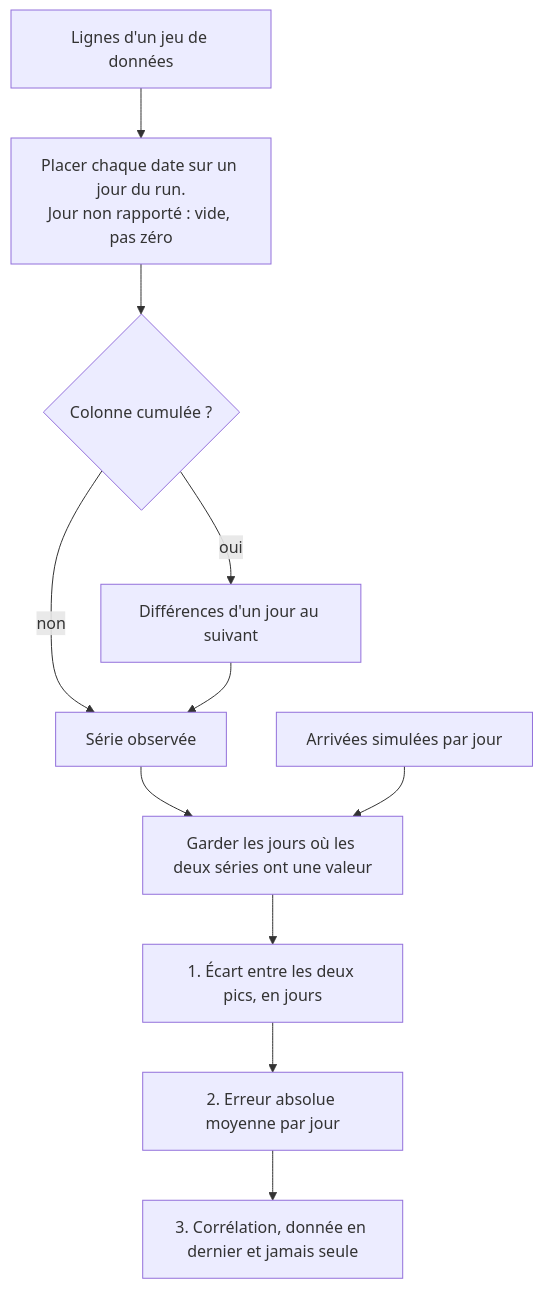
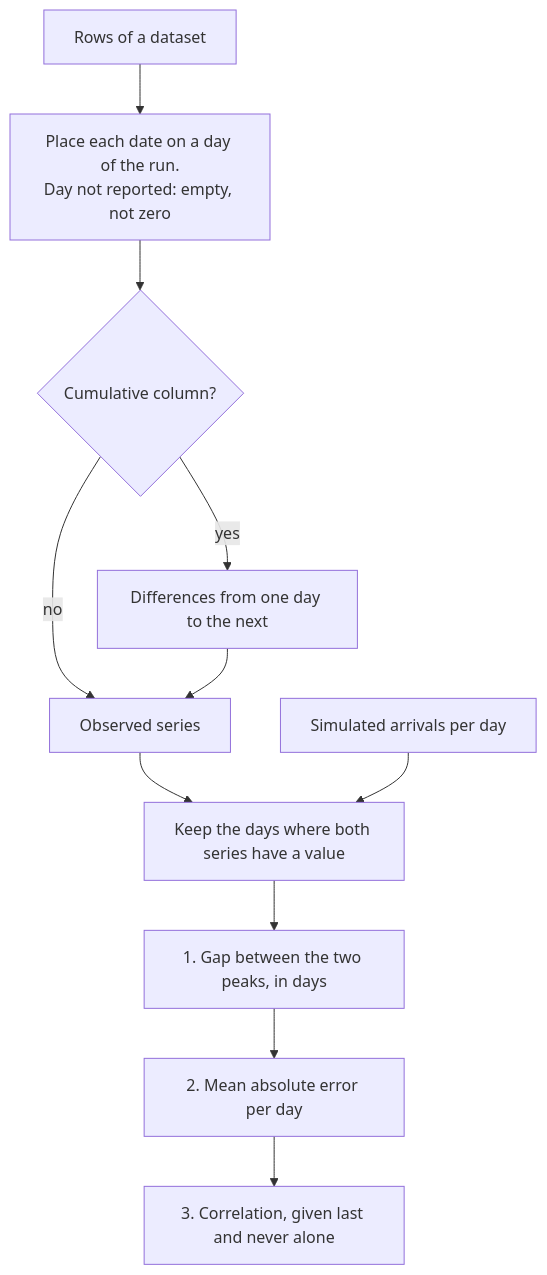
Before and after one commit to V1ktor7/obscyro: the seventh of 30 diagrams in frontend/content/docs/product/algorithms.md, drawn with Mermaid. The commit also changed other lines of this file and 15 other files, not shown here.

````diff
--- a/frontend/content/docs/product/algorithms.md
+++ b/frontend/content/docs/product/algorithms.md
@@ -260,13 +261,13 @@
 ```mermaid
 flowchart TD
-    A["Lignes d'un jeu de données"] --> B["Placer chaque date sur un jour du run.<br/>Jour non rapporté : vide, pas zéro"]
-    B --> C{"Colonne cumulée ?"}
-    C -->|"oui"| D["Différences d'un jour au suivant"]
-    C -->|"non"| E["Série observée"]
+    A["Rows of a dataset"] --> B["Place each date on a day of the run.<br/>Day not reported: empty, not zero"]
+    B --> C{"Cumulative column?"}
+    C -->|"yes"| D["Differences from one day to the next"]
+    C -->|"no"| E["Observed series"]
     D --> E
-    E --> F["Garder les jours où les deux séries ont une valeur"]
-    S["Arrivées simulées par jour"] --> F
-    F --> G["1. Écart entre les deux pics, en jours"]
-    G --> H["2. Erreur absolue moyenne par jour"]
-    H --> I["3. Corrélation, donnée en dernier et jamais seule"]
+    E --> F["Keep the days where both series have a value"]
+    S["Simulated arrivals per day"] --> F
+    F --> G["1. Gap between the two peaks, in days"]
+    G --> H["2. Mean absolute error per day"]
+    H --> I["3. Correlation, given last and never alone"]
 ```
````
